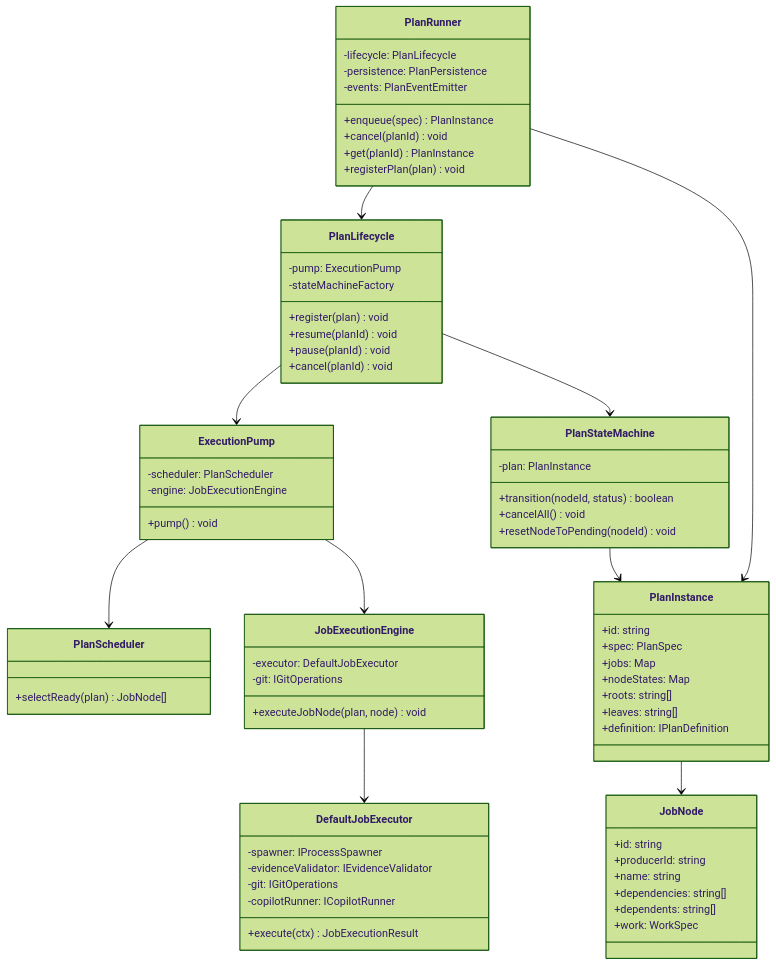
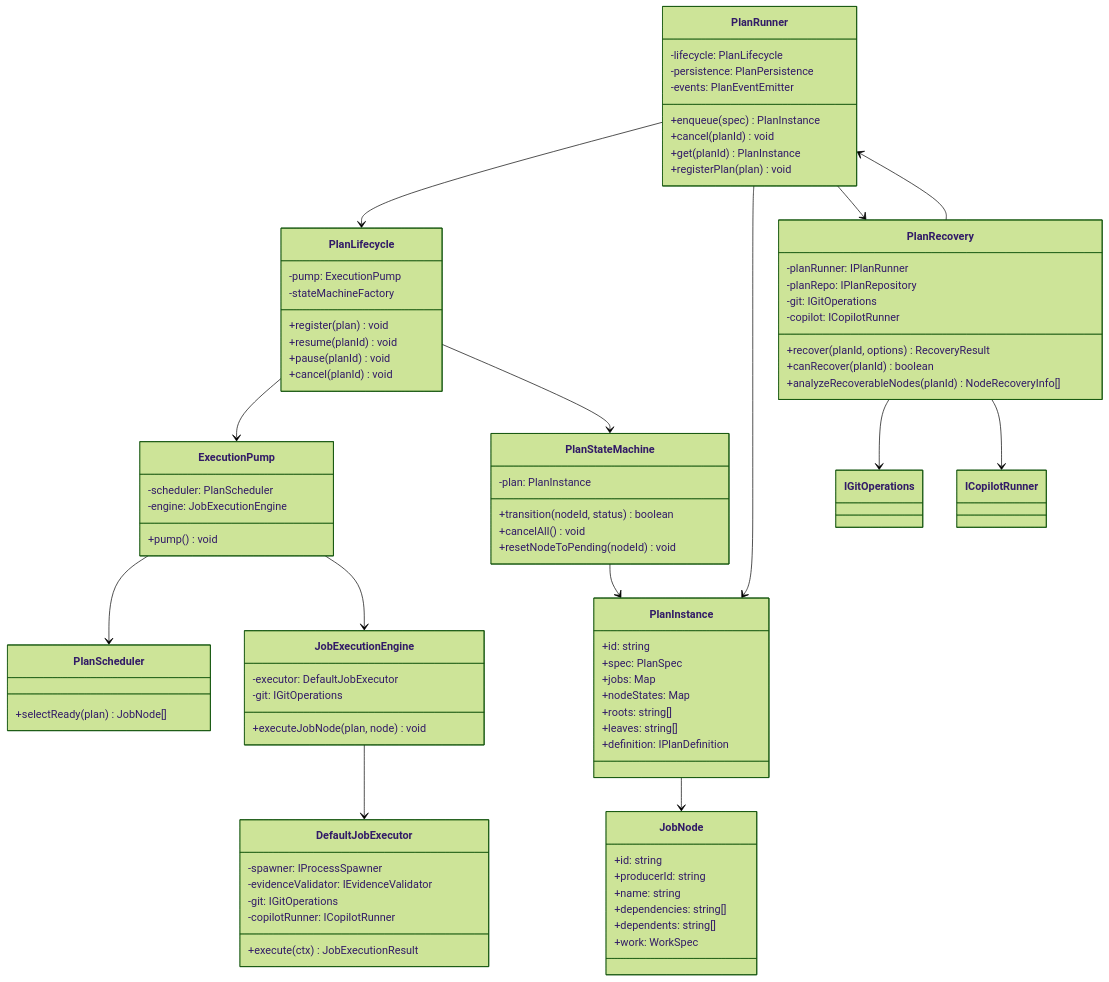
The second of 22 diagrams in docs/ARCHITECTURE.md (JeromySt/vscode-copilot-orchestrator), drawn with Mermaid (forest theme) before and after one commit. The commit also changed other lines of this file and 234 other files, not shown here.

```diff
--- a/docs/ARCHITECTURE.md
+++ b/docs/ARCHITECTURE.md
@@ -148,6 +149,16 @@
         +resetNodeToPending(nodeId) void
     }
 
+    class PlanRecovery {
+        -planRunner: IPlanRunner
+        -planRepo: IPlanRepository
+        -git: IGitOperations
+        -copilot: ICopilotRunner
+        +recover(planId, options) RecoveryResult
+        +canRecover(planId) boolean
+        +analyzeRecoverableNodes(planId) NodeRecoveryInfo[]
+    }
+
     class PlanInstance {
         +id: string
         +spec: PlanSpec
@@ -169,6 +180,10 @@
 
     PlanRunner --> PlanLifecycle
     PlanRunner --> PlanInstance
+    PlanRunner --> PlanRecovery
+    PlanRecovery --> PlanRunner
+    PlanRecovery --> IGitOperations
+    PlanRecovery --> ICopilotRunner
     PlanLifecycle --> ExecutionPump
     ExecutionPump --> PlanScheduler
     ExecutionPump --> JobExecutionEngine
```
